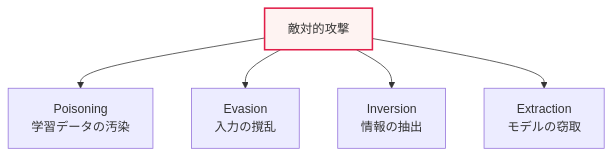
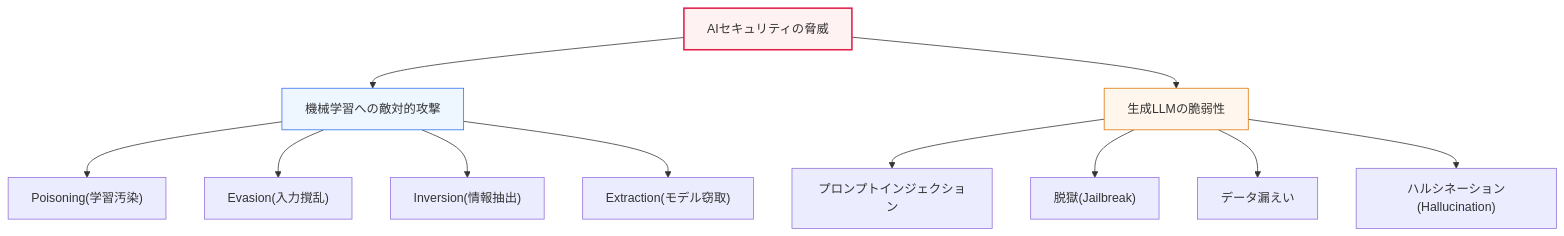
One commit to coninggu/wjdqhrhksflrltnftk changed the first of 2 diagrams in content/ja/ai-security-threats.md. Above: the diagram before and after it, drawn with Mermaid. The commit also changed other lines of this file and 37 other files, not shown here.

````diff
--- a/content/ja/ai-security-threats.md
+++ b/content/ja/ai-security-threats.md
@@ -15,8 +21,16 @@
 ```mermaid
 flowchart TB
-  A[敵対的攻撃] --> P["Poisoning<br/>学習データの汚染"]
-  A --> E["Evasion<br/>入力の撹乱"]
-  A --> I["Inversion<br/>情報の抽出"]
-  A --> X["Extraction<br/>モデルの窃取"]
-  style A fill:#fef3f2,stroke:#e11d48,stroke-width:2px
+  T["AIセキュリティの脅威"] --> ML["機械学習への敵対的攻撃"]
+  T --> LLM["生成LLMの脆弱性"]
+  ML --> P["Poisoning(学習汚染)"]
+  ML --> E["Evasion(入力撹乱)"]
+  ML --> I["Inversion(情報抽出)"]
+  ML --> X["Extraction(モデル窃取)"]
+  LLM --> PI["プロンプトインジェクション"]
+  LLM --> JB["脱獄(Jailbreak)"]
+  LLM --> DL["データ漏えい"]
+  LLM --> HA["ハルシネーション(Hallucination)"]
+  style T fill:#fef3f2,stroke:#e11d48,stroke-width:2px
+  style ML fill:#eef6ff,stroke:#2f6fed
+  style LLM fill:#fff7ed,stroke:#d97706
 ```
````
